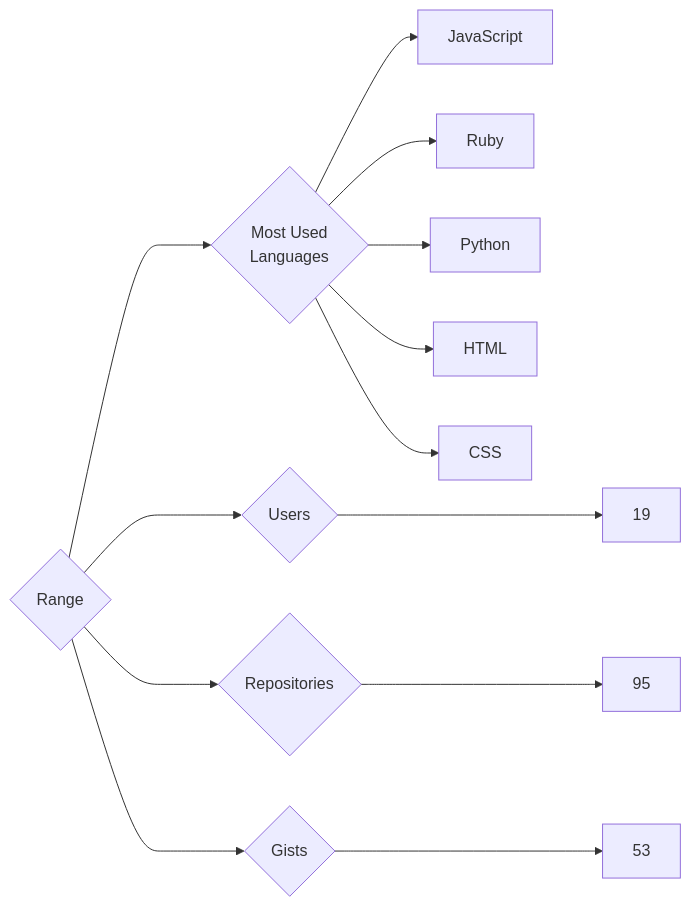
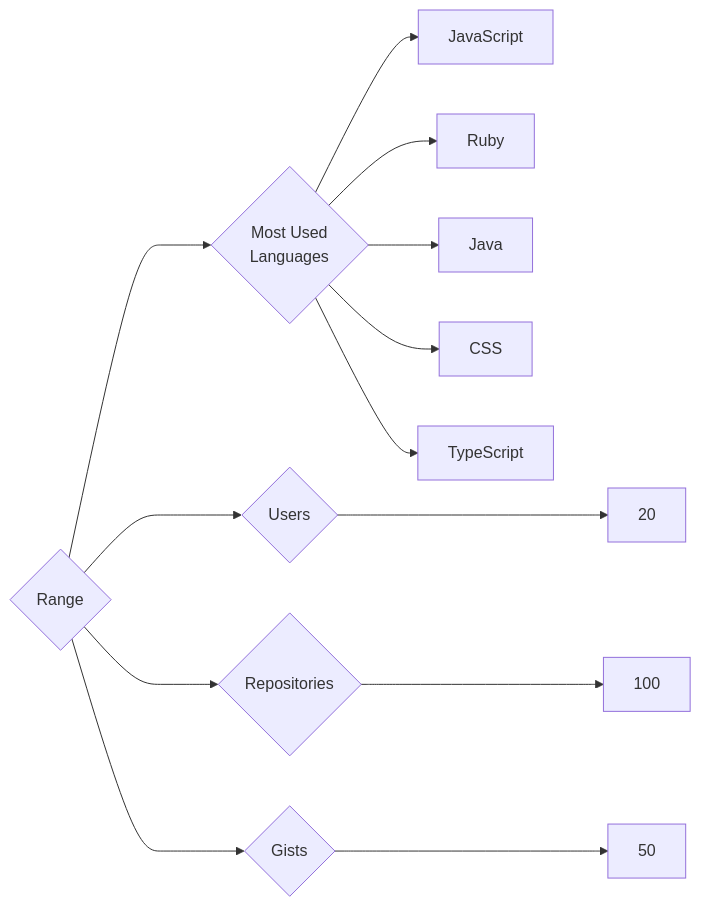
Before and after one commit to trickest/insiders: the diagram in targets/Range/README.md, drawn with Mermaid. The commit also changed 972 other files, not shown here.

````diff
--- a/targets/Range/README.md
+++ b/targets/Range/README.md
@@ -3,13 +3,13 @@
 ```mermaid
 graph LR
 COMPANY_NAME{Range}
-COMPANY_NAME ---> U{Users} ---> UN[19]
-COMPANY_NAME ---> R{Repositories} ---> RN[95]
-COMPANY_NAME ---> G{Gists} ---> GN[53]
+COMPANY_NAME ---> U{Users} ---> UN[20]
+COMPANY_NAME ---> R{Repositories} ---> RN[100]
+COMPANY_NAME ---> G{Gists} ---> GN[50]
 COMPANY_NAME ---> ML{Most Used<br>Languages}
 ML --> JavaScript[JavaScript]
 ML --> Ruby[Ruby]
-ML --> Python[Python]
-ML --> HTML[HTML]
+ML --> Java[Java]
 ML --> CSS[CSS]
+ML --> TypeScript[TypeScript]
 ```
````
